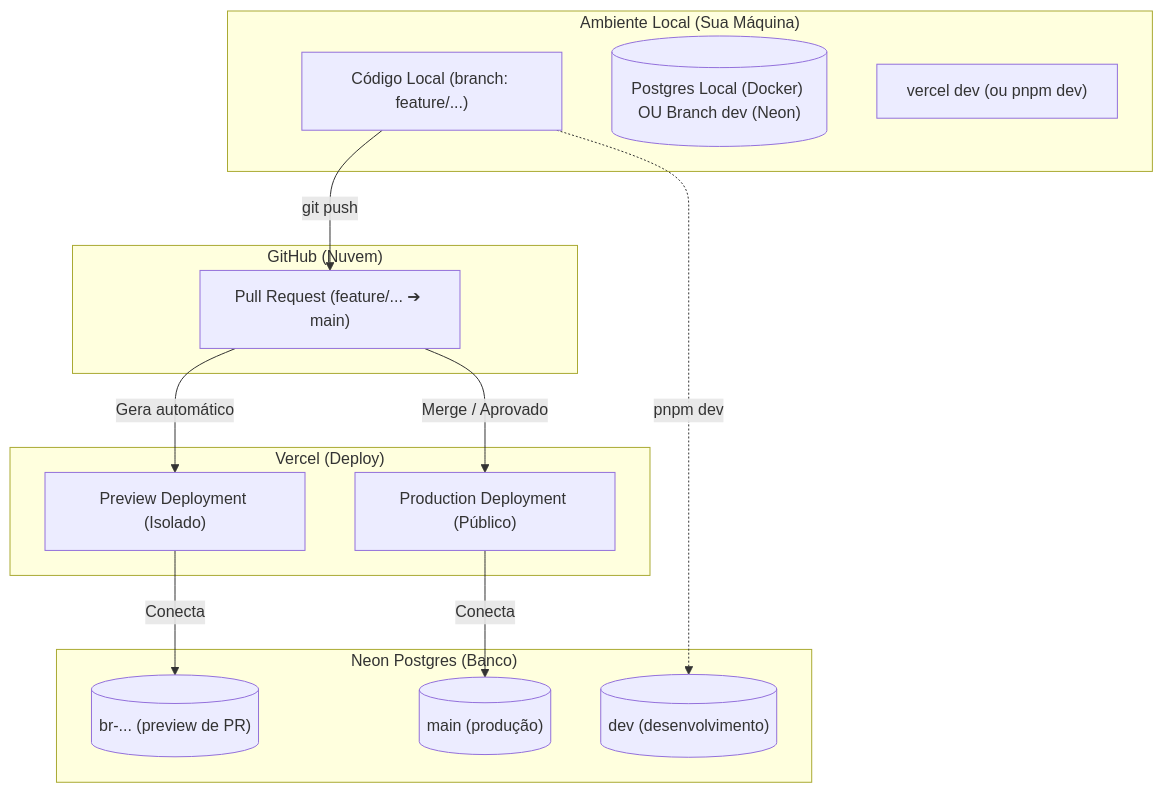
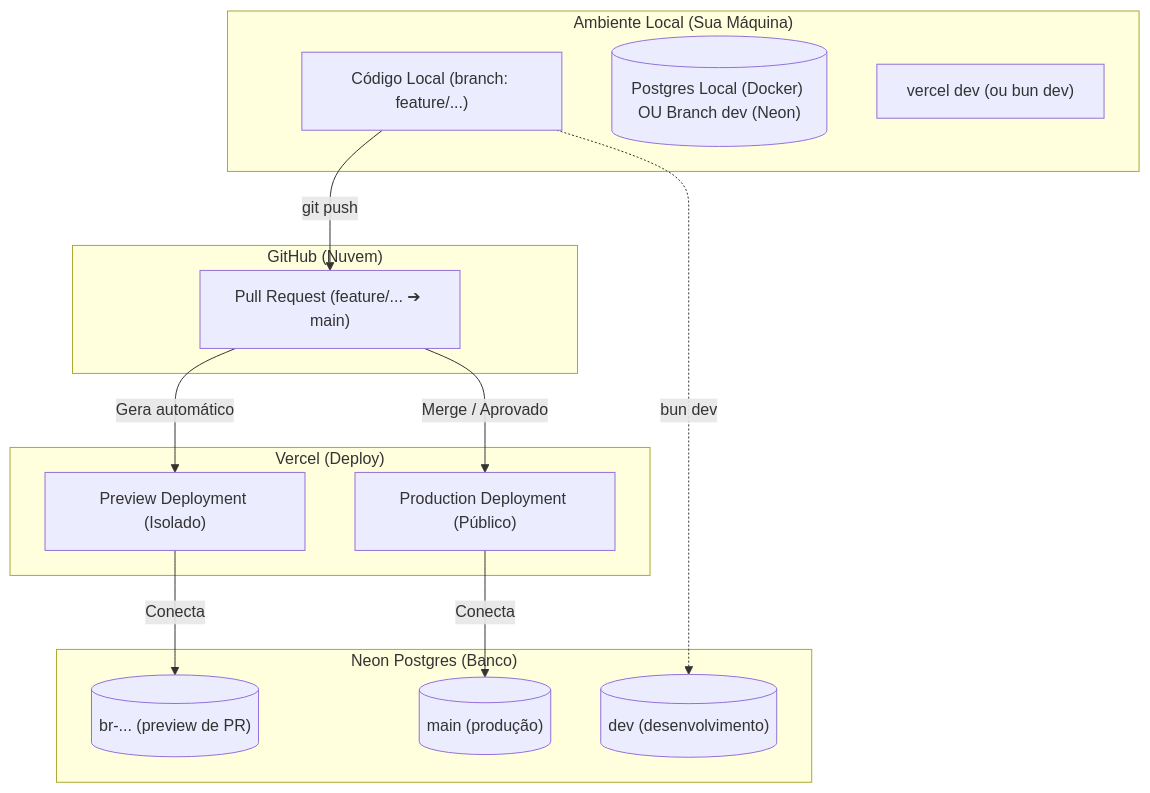
One commit to kayroalexandre/kayro-gomes changed the diagram in docs/workflow_guide.md. Above: the diagram before and after it, drawn with Mermaid. The commit also changed other lines of this file and 15 other files, not shown here.

````diff
--- a/docs/workflow_guide.md
+++ b/docs/workflow_guide.md
@@ -36,30 +35,30 @@
 ```mermaid
 graph TD
     subgraph Local["Ambiente Local (Sua Máquina)"]
         LocalCode["Código Local (branch: feature/...)"]
         LocalDB[("Postgres Local (Docker) OU Branch dev (Neon)")]
-        VercelDev["vercel dev (ou pnpm dev)"]
+        VercelDev["vercel dev (ou bun dev)"]
     end
 
     subgraph GitHub["GitHub (Nuvem)"]
         PR["Pull Request (feature/... ➔ main)"]
     end
 
     subgraph Vercel["Vercel (Deploy)"]
         PreviewDeploy["Preview Deployment (Isolado)"]
         ProdDeploy["Production Deployment (Público)"]
     end
 
     subgraph Neon["Neon Postgres (Banco)"]
         ProdDB[("main (produção)")]
         DevDB[("dev (desenvolvimento)")]
         PreviewDB[("br-... (preview de PR)")]
     end
 
     LocalCode -->|git push| PR
     PR -->|Gera automático| PreviewDeploy
     PreviewDeploy -->|Conecta| PreviewDB
     PR -->|Merge / Aprovado| ProdDeploy
     ProdDeploy -->|Conecta| ProdDB
-    LocalCode -.->|pnpm dev| DevDB
+    LocalCode -.->|bun dev| DevDB
 ```
````
